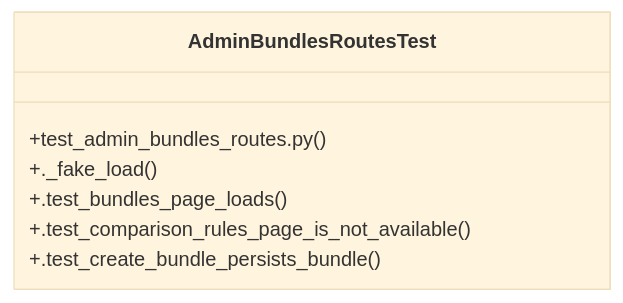
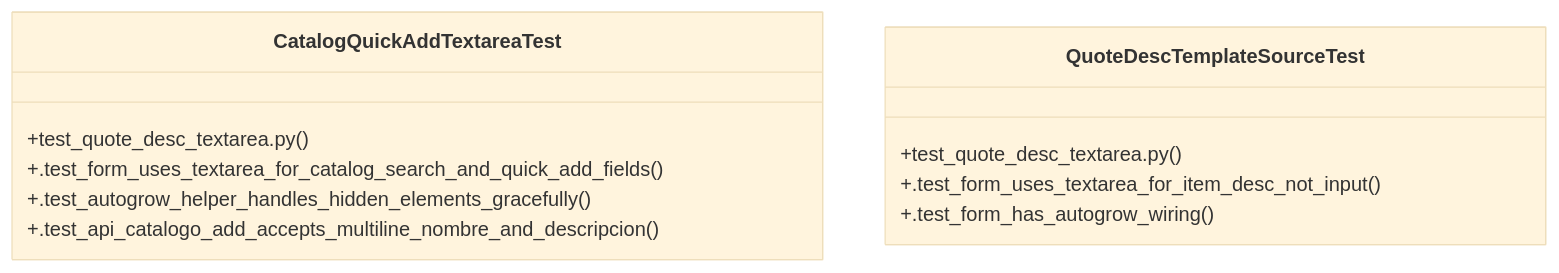
One commit to Daftrick/ProjectTracker changed the diagram in graphify-out/wiki/Community_33.md. Above: the diagram before and after it, drawn with Mermaid (base theme). The commit also changed other lines of this file and 495 other files, not shown here.

````diff
--- a/graphify-out/wiki/Community_33.md
+++ b/graphify-out/wiki/Community_33.md
@@ -18,10 +19,14 @@
 ```mermaid
 classDiagram
-    class AdminBundlesRoutesTest {
-        +test_admin_bundles_routes.py()
-        +._fake_load()
-        +.test_bundles_page_loads()
-        +.test_comparison_rules_page_is_not_available()
-        +.test_create_bundle_persists_bundle()
+    class CatalogQuickAddTextareaTest {
+        +test_quote_desc_textarea.py()
+        +.test_form_uses_textarea_for_catalog_search_and_quick_add_fields()
+        +.test_autogrow_helper_handles_hidden_elements_gracefully()
+        +.test_api_catalogo_add_accepts_multiline_nombre_and_descripcion()
+    }
+    class QuoteDescTemplateSourceTest {
+        +test_quote_desc_textarea.py()
+        +.test_form_uses_textarea_for_item_desc_not_input()
+        +.test_form_has_autogrow_wiring()
     }
 ```
````
